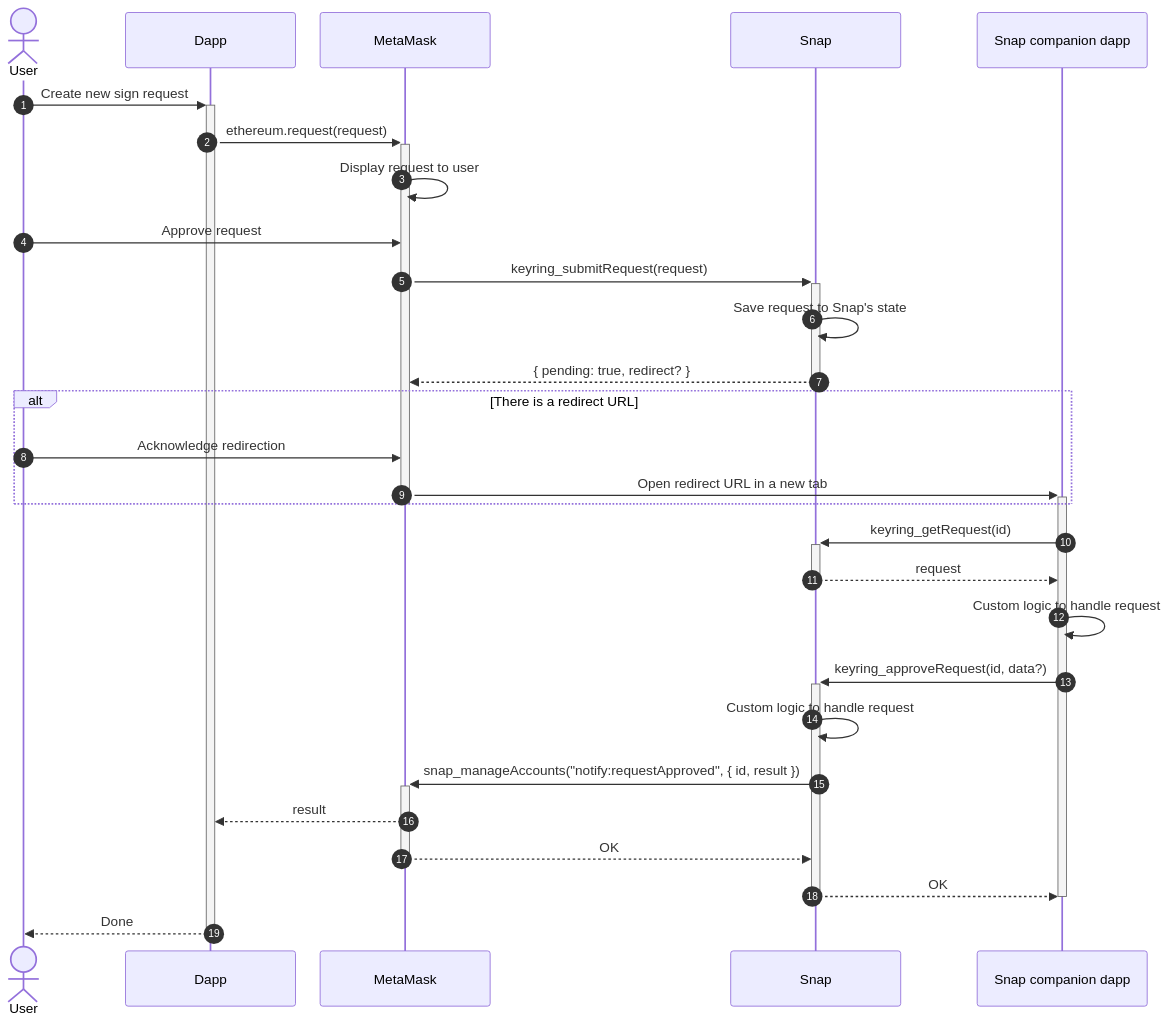
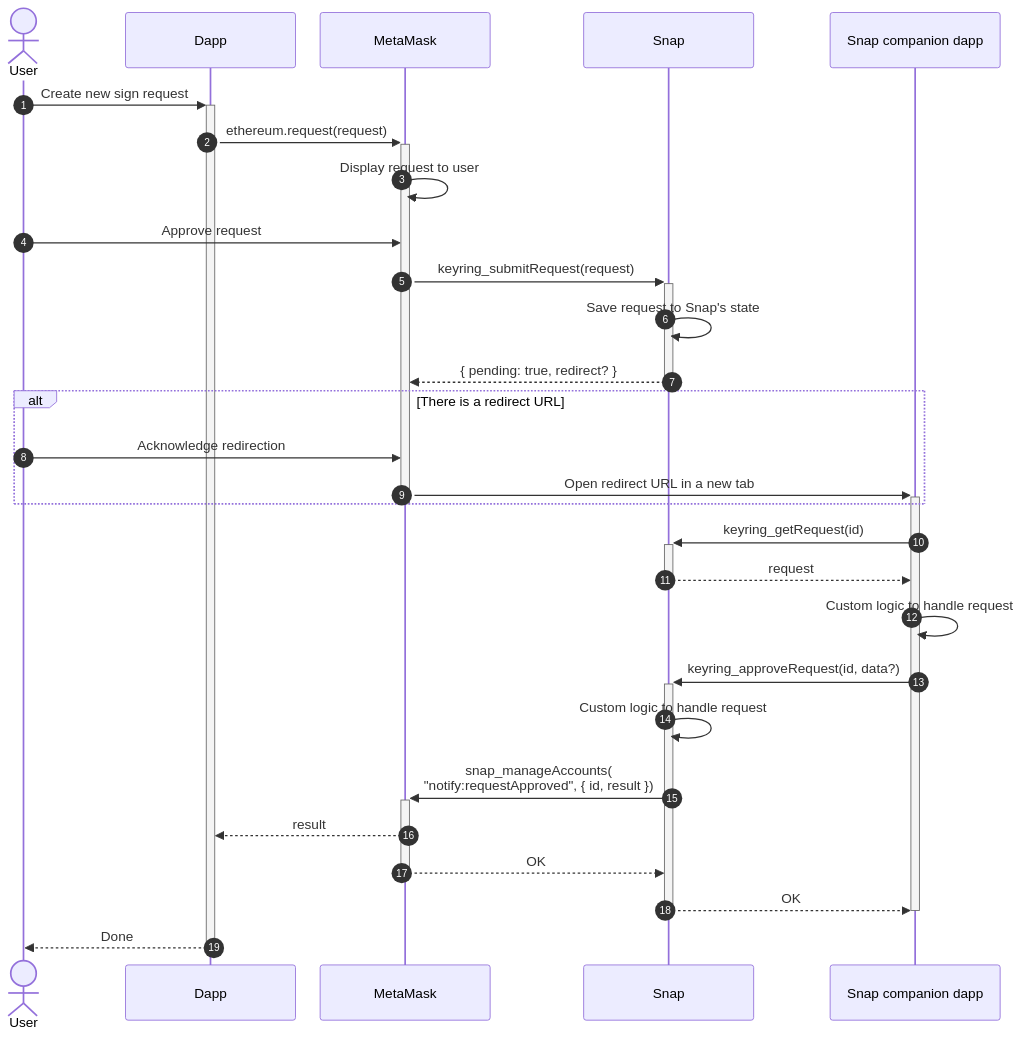
One commit to MetaMask/metamask-docs changed the fifth of 5 diagrams in snaps/concepts/keyring-api.md. Above: the diagram before and after it, drawn with Mermaid. The commit also changed other lines of this file, not shown here.

Commit message:
Force line break in sequence diagram to prevent bad text wrapping

````diff
--- a/snaps/concepts/keyring-api.md
+++ b/snaps/concepts/keyring-api.md
@@ -214,48 +214,48 @@
 ```mermaid
 %%{
   init: {
     'sequence': {
       'actorMargin': 20,
       'width': 200
     }
   }
 }%%
 
 sequenceDiagram
 autonumber
 
 actor User
 participant Dapp
 participant MetaMask
 participant Snap
 participant Site as Snap companion dapp
 
 User ->>+ Dapp: Create new sign request
 Dapp ->>+ MetaMask: ethereum.request(request)
 MetaMask ->> MetaMask: Display request to user
 User ->> MetaMask: Approve request
 
 MetaMask ->>+ Snap: keyring_submitRequest(request)
 Snap ->> Snap: Save request to Snap's state
 Snap -->>- MetaMask: { pending: true, redirect? }
 alt There is a redirect URL
   User ->> MetaMask: Acknowledge redirection
   MetaMask ->>+ Site: Open redirect URL in a new tab
 end
 deactivate MetaMask
 
 Site ->>+ Snap: keyring_getRequest(id)
 Snap -->>- Site: request
 
 Site ->> Site: Custom logic to handle request
 Site ->>+ Snap: keyring_approveRequest(id, data?)
 Snap ->> Snap: Custom logic to handle request
-Snap ->>+ MetaMask: snap_manageAccounts("notify:requestApproved", { id, result })
+Snap ->>+ MetaMask: snap_manageAccounts(<br/>"notify:requestApproved", { id, result })
 
 MetaMask -->> Dapp: result
 MetaMask -->>- Snap: OK
 Snap -->>- Site: OK
 deactivate Site
 
 Dapp -->>- User: Done
 ```
````
